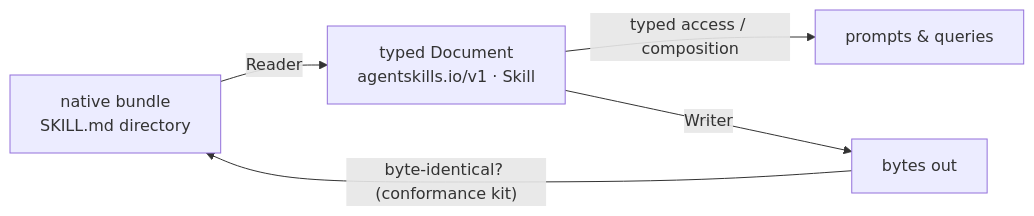
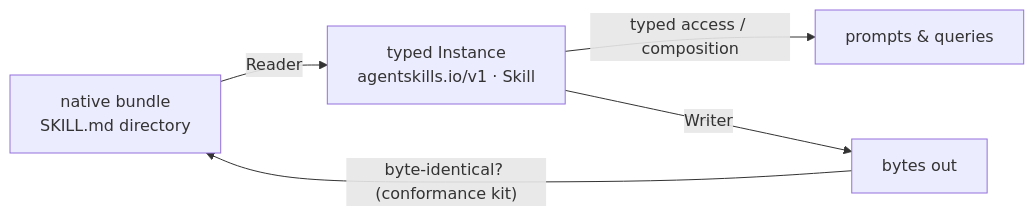
The diagram in docs/concepts/market-fidelity.md (ruinosus/dna), drawn with Mermaid before and after one commit. The commit also changed 84 other files, not shown here.

````diff
--- a/docs/concepts/market-fidelity.md
+++ b/docs/concepts/market-fidelity.md
@@ -24,7 +24,7 @@
 ```mermaid
 flowchart LR
-    B["native bundle<br/>SKILL.md directory"] -->|Reader| D["typed Document<br/>agentskills.io/v1 · Skill"]
+    B["native bundle<br/>SKILL.md directory"] -->|Reader| D["typed Instance<br/>agentskills.io/v1 · Skill"]
     D -->|typed access / composition| P["prompts & queries"]
     D -->|Writer| O["bytes out"]
     O -->|"byte-identical? (conformance kit)"| B
 ```
````
